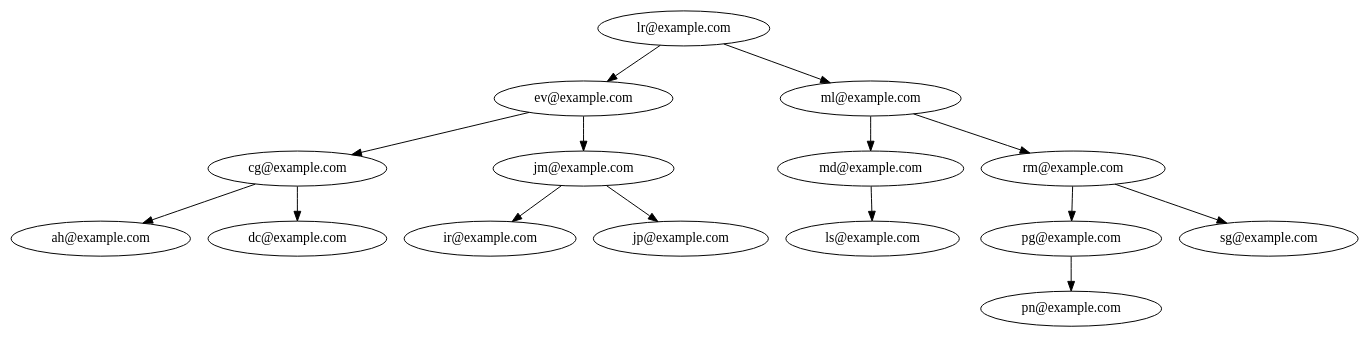
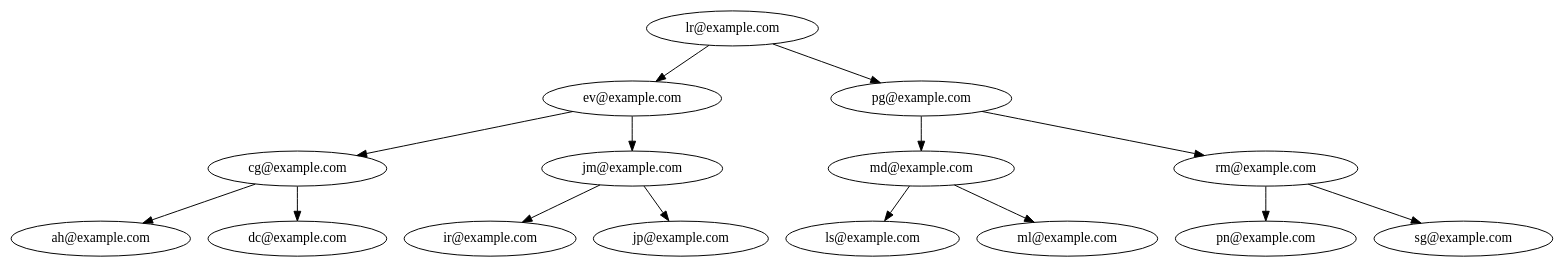
One commit to lurdesss/-EDD-Proyecto_202103763 changed the diagram in Fase2/SocialStructure/salida/arbol_avl.dot. Above: the diagram before and after it, drawn with Graphviz. The commit also changed 40 other files, not shown here.

```diff
--- a/Fase2/SocialStructure/salida/arbol_avl.dot
+++ b/Fase2/SocialStructure/salida/arbol_avl.dot
@@ -1,31 +1,31 @@
 digraph AVLTree {
     "lr@example.com" [label="lr@example.com"];
     "lr@example.com" -> "ev@example.com";
     "ev@example.com" [label="ev@example.com"];
     "ev@example.com" -> "cg@example.com";
     "cg@example.com" [label="cg@example.com"];
     "cg@example.com" -> "ah@example.com";
     "ah@example.com" [label="ah@example.com"];
     "cg@example.com" -> "dc@example.com";
     "dc@example.com" [label="dc@example.com"];
     "ev@example.com" -> "jm@example.com";
     "jm@example.com" [label="jm@example.com"];
     "jm@example.com" -> "ir@example.com";
     "ir@example.com" [label="ir@example.com"];
     "jm@example.com" -> "jp@example.com";
     "jp@example.com" [label="jp@example.com"];
-    "lr@example.com" -> "ml@example.com";
-    "ml@example.com" [label="ml@example.com"];
-    "ml@example.com" -> "md@example.com";
+    "lr@example.com" -> "pg@example.com";
+    "pg@example.com" [label="pg@example.com"];
+    "pg@example.com" -> "md@example.com";
     "md@example.com" [label="md@example.com"];
     "md@example.com" -> "ls@example.com";
     "ls@example.com" [label="ls@example.com"];
-    "ml@example.com" -> "rm@example.com";
+    "md@example.com" -> "ml@example.com";
+    "ml@example.com" [label="ml@example.com"];
+    "pg@example.com" -> "rm@example.com";
     "rm@example.com" [label="rm@example.com"];
-    "rm@example.com" -> "pg@example.com";
-    "pg@example.com" [label="pg@example.com"];
-    "pg@example.com" -> "pn@example.com";
+    "rm@example.com" -> "pn@example.com";
     "pn@example.com" [label="pn@example.com"];
     "rm@example.com" -> "sg@example.com";
     "sg@example.com" [label="sg@example.com"];
 }
```
